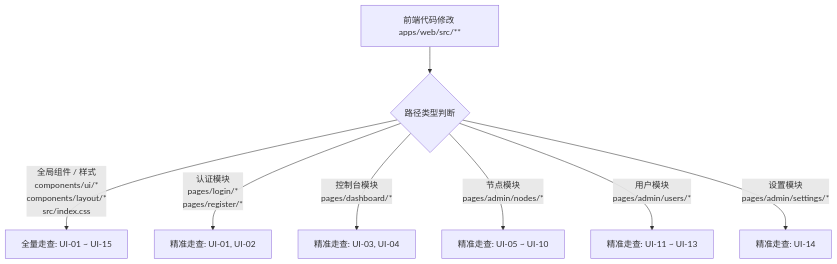
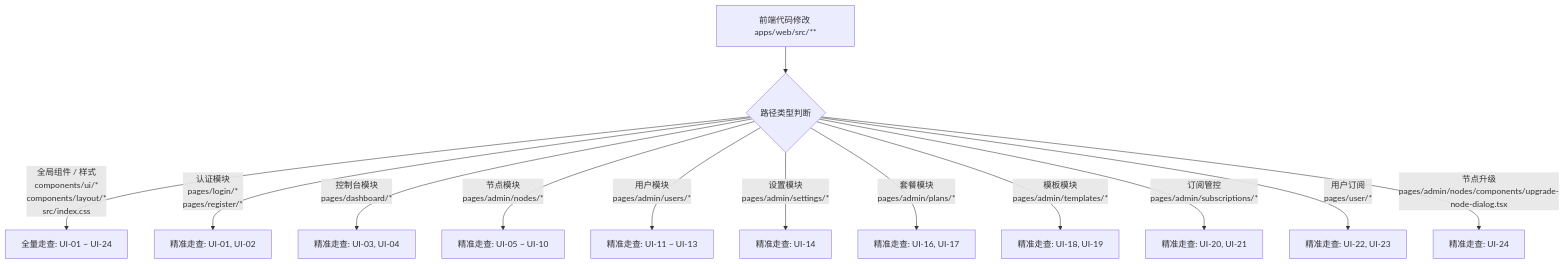
One commit to Nanako660/riricloud changed the diagram in docs/VISUAL_VERIFICATION.md. Above: the diagram before and after it, drawn with Mermaid. The commit also changed other lines of this file and 74 other files, not shown here.

````diff
--- a/docs/VISUAL_VERIFICATION.md
+++ b/docs/VISUAL_VERIFICATION.md
@@ -50,10 +59,15 @@
 ```mermaid
 flowchart TD
     Change[前端代码修改 apps/web/src/**] --> PathCheck{路径类型判断}
-    PathCheck -->|全局组件 / 样式\ncomponents/ui/*\ncomponents/layout/*\nsrc/index.css| Full[全量走查: UI-01 ~ UI-15]
+    PathCheck -->|全局组件 / 样式\ncomponents/ui/*\ncomponents/layout/*\nsrc/index.css| Full[全量走查: UI-01 ~ UI-24]
     PathCheck -->|认证模块\npages/login/*\npages/register/*| Auth[精准走查: UI-01, UI-02]
     PathCheck -->|控制台模块\npages/dashboard/*| Dash[精准走查: UI-03, UI-04]
     PathCheck -->|节点模块\npages/admin/nodes/*| Node[精准走查: UI-05 ~ UI-10]
     PathCheck -->|用户模块\npages/admin/users/*| User[精准走查: UI-11 ~ UI-13]
     PathCheck -->|设置模块\npages/admin/settings/*| Sett[精准走查: UI-14]
+    PathCheck -->|套餐模块\npages/admin/plans/*| Plans[精准走查: UI-16, UI-17]
+    PathCheck -->|模板模块\npages/admin/templates/*| Templates[精准走查: UI-18, UI-19]
+    PathCheck -->|订阅管控\npages/admin/subscriptions/*| AdminSubs[精准走查: UI-20, UI-21]
+    PathCheck -->|用户订阅\npages/user/*| UserSubs[精准走查: UI-22, UI-23]
+    PathCheck -->|节点升级\npages/admin/nodes/components/upgrade-node-dialog.tsx| Upgrade[精准走查: UI-24]
 ```
````
